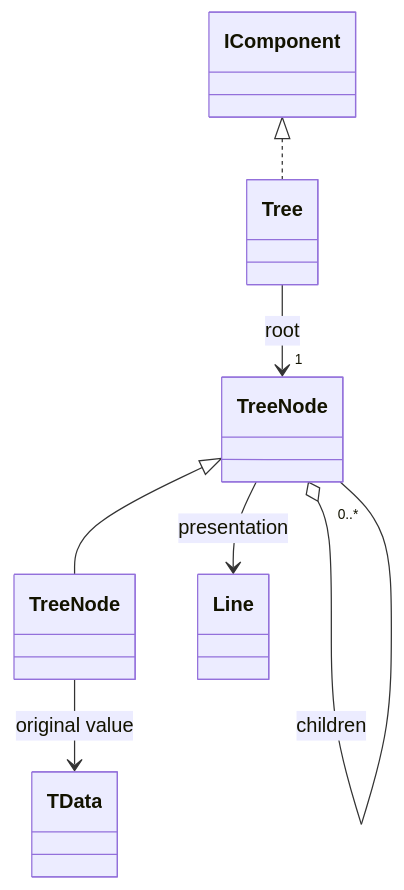
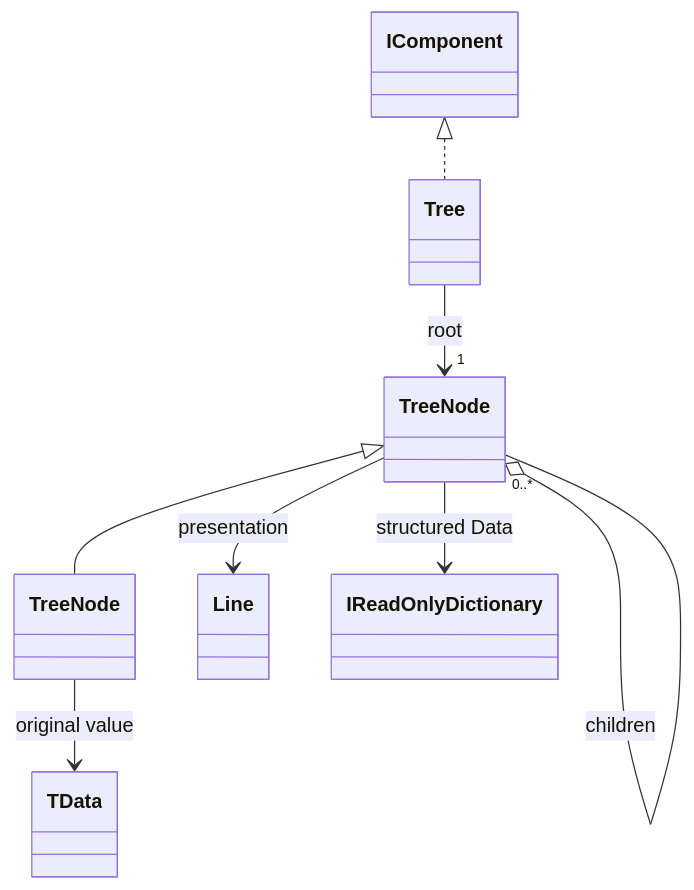
Before and after one commit to R3Neer/R3CLI: the diagram in docs/presentation/components/tree.md, drawn with Mermaid. The commit also changed other lines of this file and 8 other files, not shown here.

````diff
--- a/docs/presentation/components/tree.md
+++ b/docs/presentation/components/tree.md
@@ -68,10 +74,11 @@
 ```mermaid
 classDiagram
     IComponent <|.. Tree
     Tree --> "1" TreeNode : root
     class TreeNodeTData["TreeNode<TData>"]
     TreeNode <|-- TreeNodeTData
     TreeNode o-- "0..*" TreeNode : children
     TreeNode --> Line : presentation
+    TreeNode --> IReadOnlyDictionary : structured Data
     TreeNodeTData --> TData : original value
 ```
````
